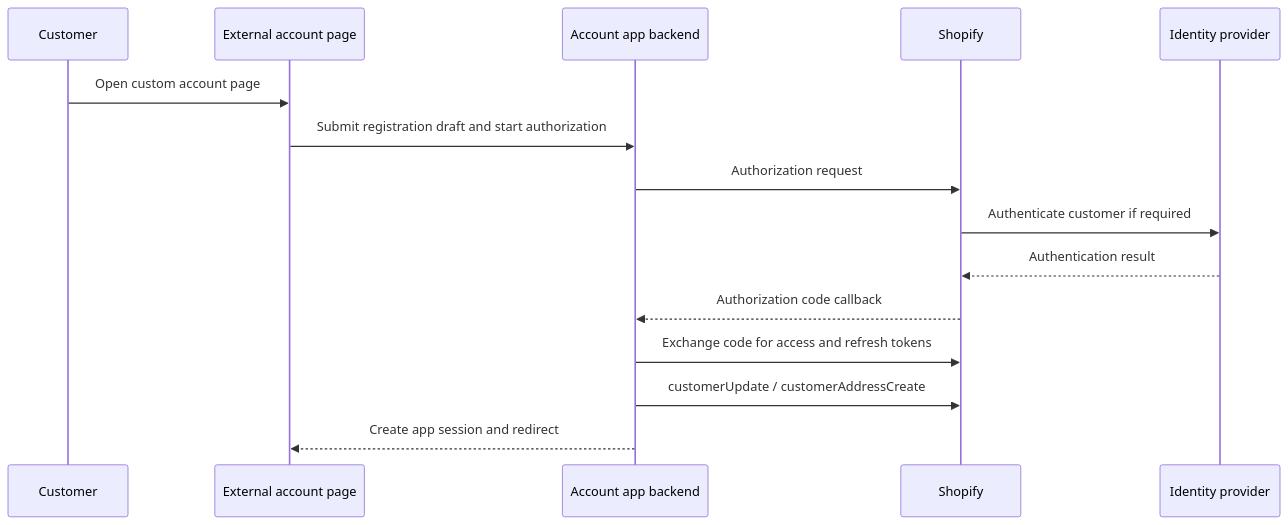
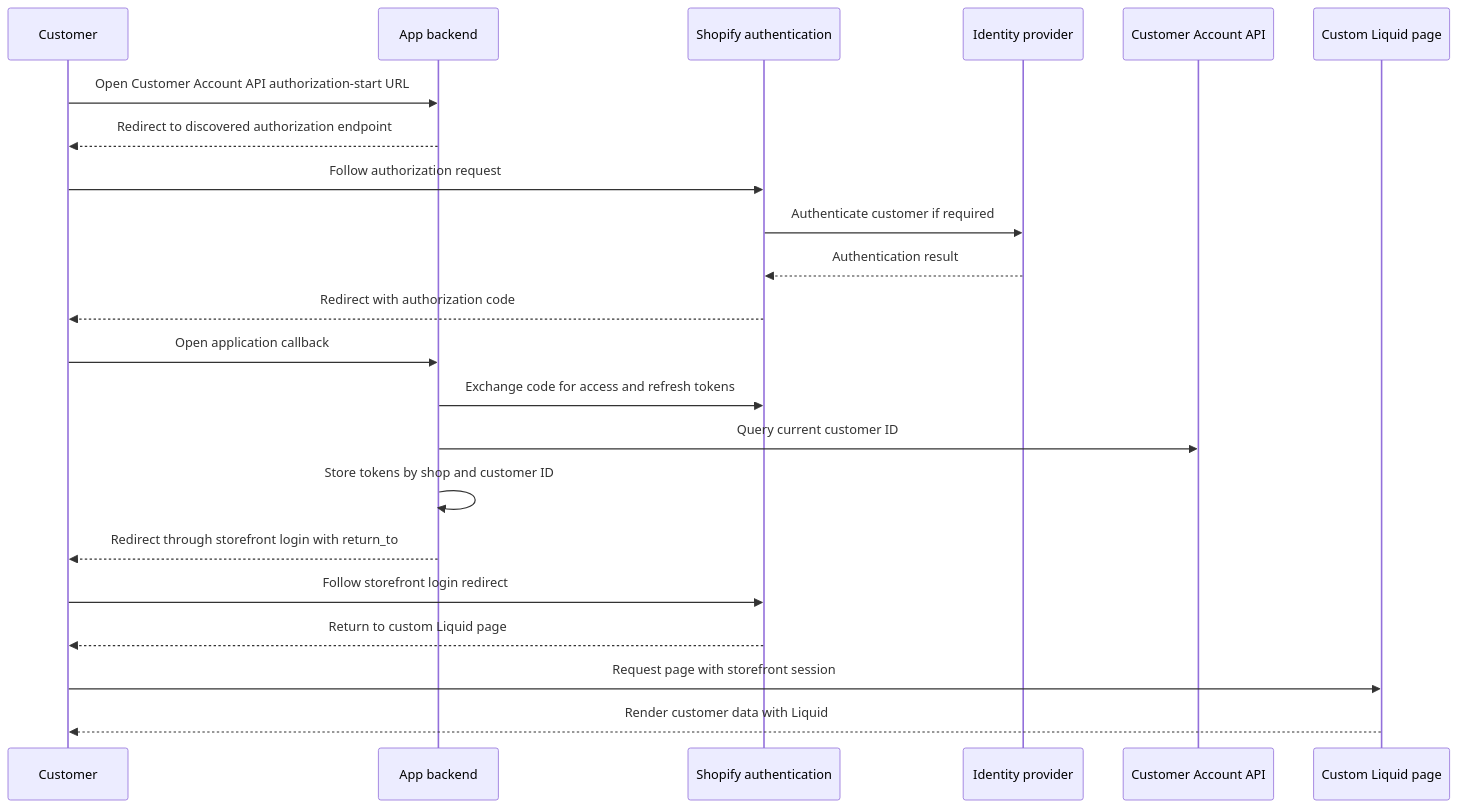
Before and after one commit to benzookapi/open_id_connect_sso_sample: the first of 4 diagrams in theme/README.md, drawn with Mermaid. The commit also changed other lines of this file, not shown here.

Commit message:
Clarify Liquid customer update architectures

````diff
--- a/theme/README.md
+++ b/theme/README.md
@@ -94,18 +96,25 @@
 ```mermaid
 sequenceDiagram
     participant Customer
-    participant Page as External account page
-    participant App as Account app backend
-    participant Shopify
+    participant App as App backend
+    participant Shopify as Shopify authentication
     participant IdP as Identity provider
+    participant API as Customer Account API
+    participant Page as Custom Liquid page
 
-    Customer->>Page: Open custom account page
-    Page->>App: Submit registration draft and start authorization
-    App->>Shopify: Authorization request
+    Customer->>App: Open Customer Account API authorization-start URL
+    App-->>Customer: Redirect to discovered authorization endpoint
+    Customer->>Shopify: Follow authorization request
     Shopify->>IdP: Authenticate customer if required
     IdP-->>Shopify: Authentication result
-    Shopify-->>App: Authorization code callback
+    Shopify-->>Customer: Redirect with authorization code
+    Customer->>App: Open application callback
     App->>Shopify: Exchange code for access and refresh tokens
-    App->>Shopify: customerUpdate / customerAddressCreate
-    App-->>Page: Create app session and redirect
+    App->>API: Query current customer ID
+    App->>App: Store tokens by shop and customer ID
+    App-->>Customer: Redirect through storefront login with return_to
+    Customer->>Shopify: Follow storefront login redirect
+    Shopify-->>Customer: Return to custom Liquid page
+    Customer->>Page: Request page with storefront session
+    Page-->>Customer: Render customer data with Liquid
 ```
````
